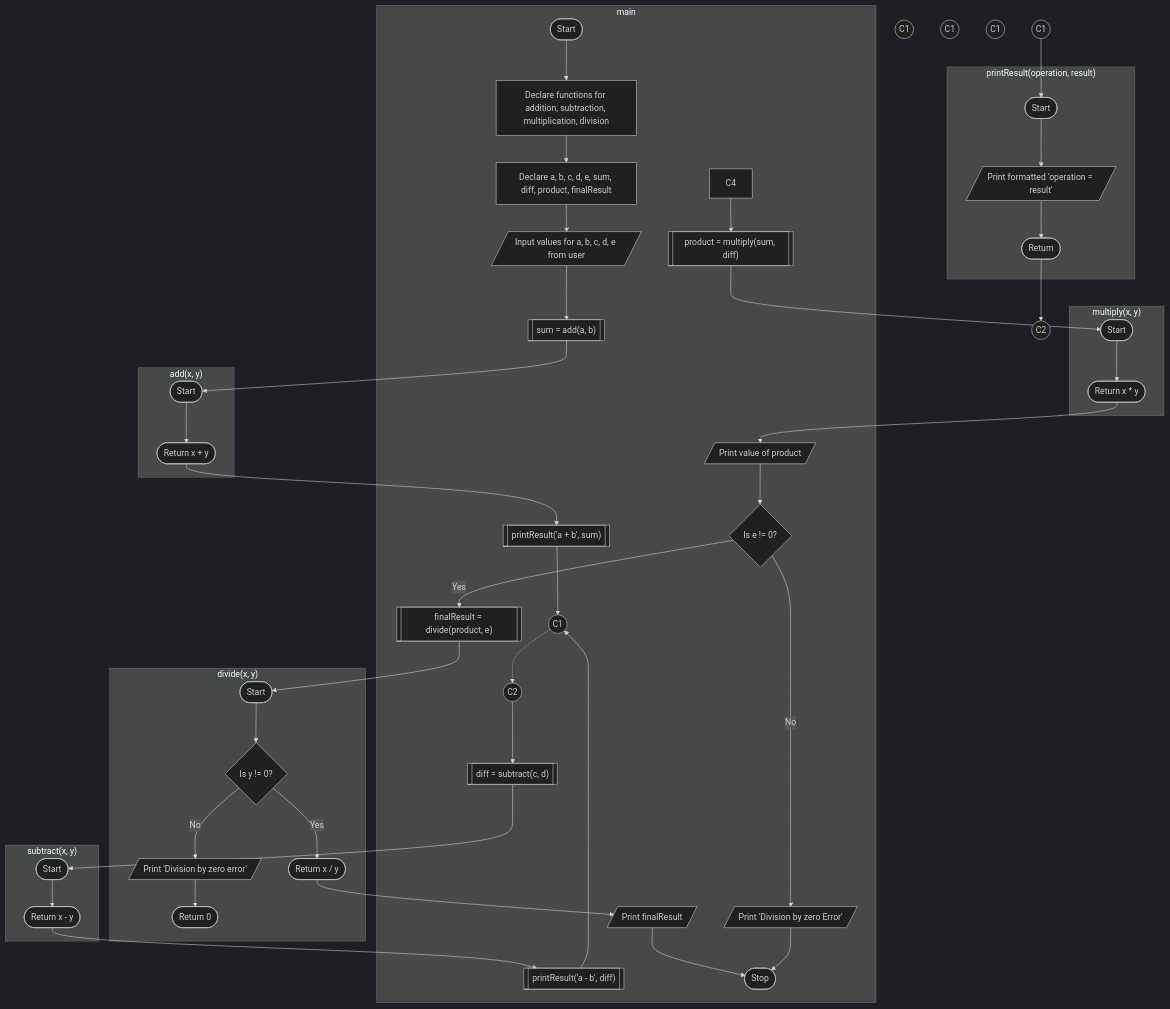
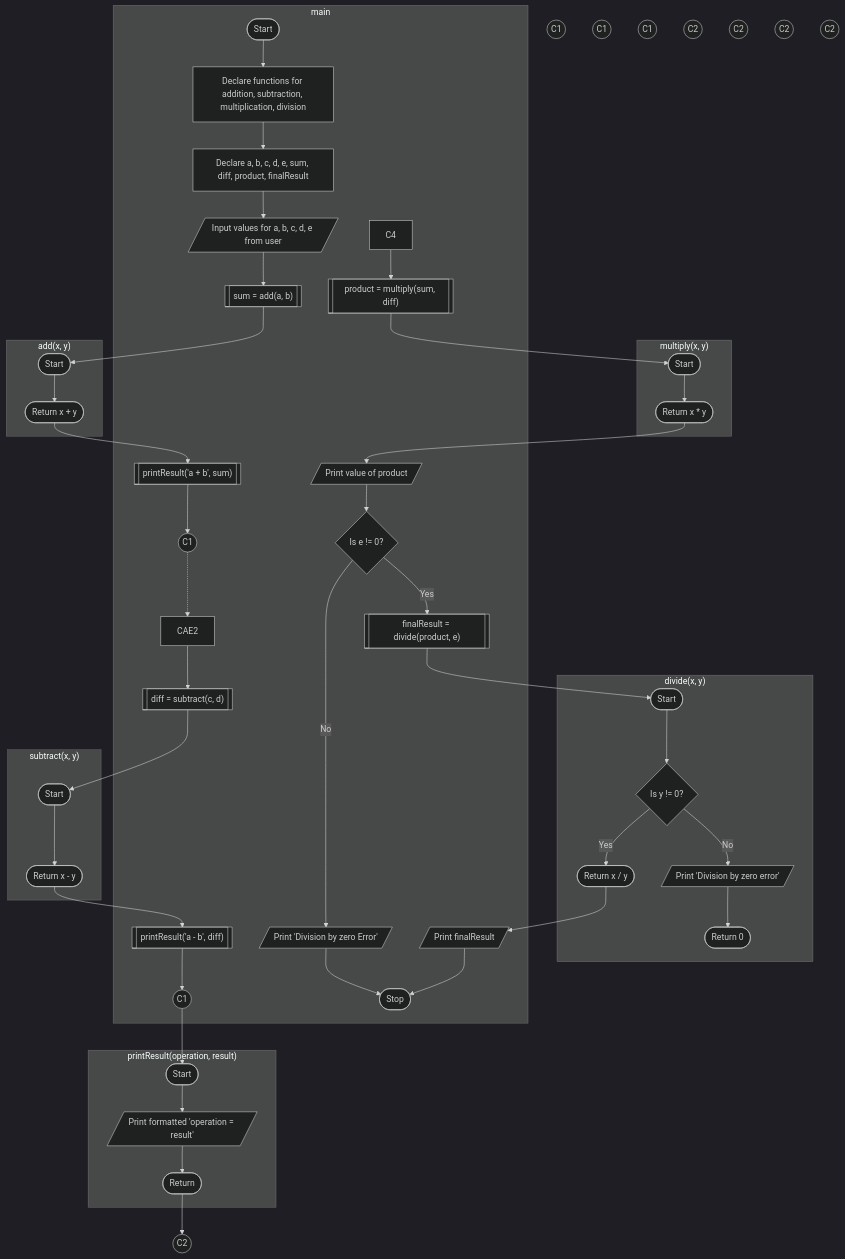
Before and after one commit to Vinit-source/Programming-for-problem-solving: the diagram in PR/P7 - Functions.md, drawn with Mermaid (dark theme). The commit also changed other lines of this file, not shown here.

Commit message:
PR/P7 - Functions.md updated from https://stackedit.io/

````diff
--- a/PR/P7 - Functions.md
+++ b/PR/P7 - Functions.md
@@ -20,68 +20,72 @@
 ```mermaid
 graph TD;
 
 subgraph "add(x, y)" 
 	addStart([Start]);
 	B1([Return x + y]);
 	addStart --> B1;
 end
 subgraph "subtract(x, y)"
 	subStart([Start]);
 	B2([Return x - y]);
 	subStart --> B2;
 end
 subgraph "multiply(x, y)"
 	mulStart([Start]);
 	B3([Return x * y]);
 	mulStart --> B3;
 end
 subgraph "divide(x, y)"
 	divStart([Start]);
 	J{Is y != 0?};
     J -- Yes --> K([Return x / y]);
     J -- No --> M[/Print 'Division by zero error'/];
     divStart --> J;
     M --> MR([Return 0]);
 end
 subgraph "printResult(operation, result)"
 	printStart([Start]);
 	P[/Print formatted 'operation = result'/];
 	R([Return]);
 	printStart --> P;
 	P --> R;
 end
+
+CS2((C1));
+CE2((C2));
 CAS1((C1));
-CAS2((C1));
+CSS1((C1));
+CMS1((C1));
+CDS1((C1));
 CAE1((C2));
-CAE2((C2));
-C5((C1));
-C6((C1));
-C7((C1));
-CAS2 --> printStart;
-R --> CAE1;
+CSE1((C2));
+CME1((C2));
+CDE1((C2));
+CS2 --> printStart;
+R --> CE2;
 
 subgraph main
     A([Start]) --> B[Declare functions for addition, subtraction, multiplication, division];
     B --> BB[Declare a, b, c, d, e, sum, diff, product, finalResult];
     BB --> C[/Input values for a, b, c, d, e from user/];
 	C --> CB[["sum = add(a, b)"]];
 	CB --> addStart;
 	B1 --> E[["printResult('a + b', sum)"]];
     E --> CAS1;
     CAS1 -.-> CAE2;
     CAE2 --> F[["diff = subtract(c, d)"]];
     F --> subStart;
     B2 --> G[["printResult('a - b', diff)"]];
-    G --> CAS1;
+    G --> CS2;
     C4 --> H[["product = multiply(sum, diff)"]];
     H --> mulStart;
     B3 --> I[/Print value of product/];
     I --> DB0{Is e != 0?};
     DB0 -- Yes --> I1[["finalResult = divide(product, e)"]];
     I1 --> divStart;
     K --> L[/Print finalResult/];
     L --> N([Stop]);
     DB0 -- No --> N0[/"Print 'Division by zero Error'"/];
     N0 --> N
    end
 ```
````
